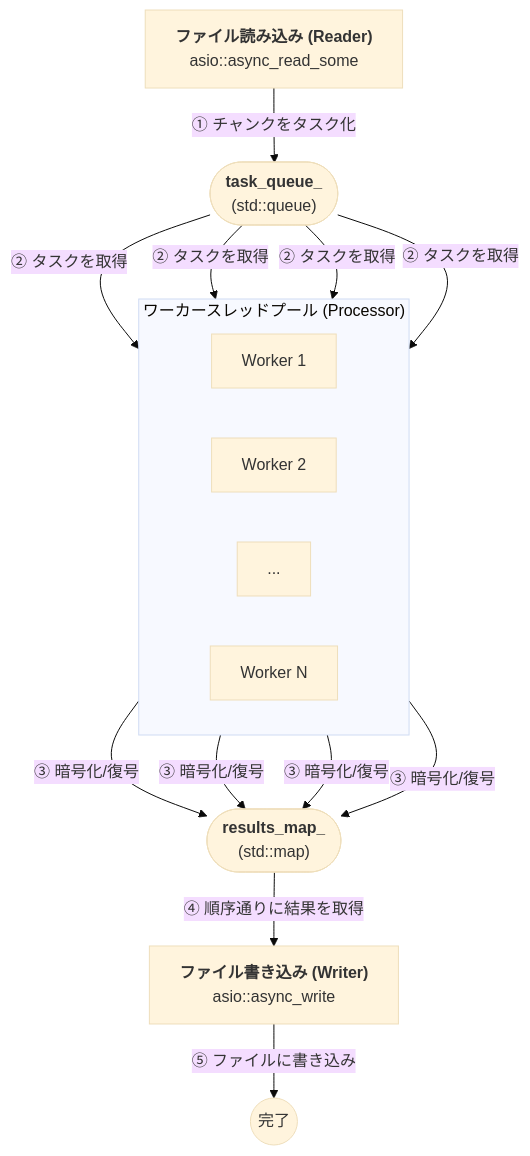
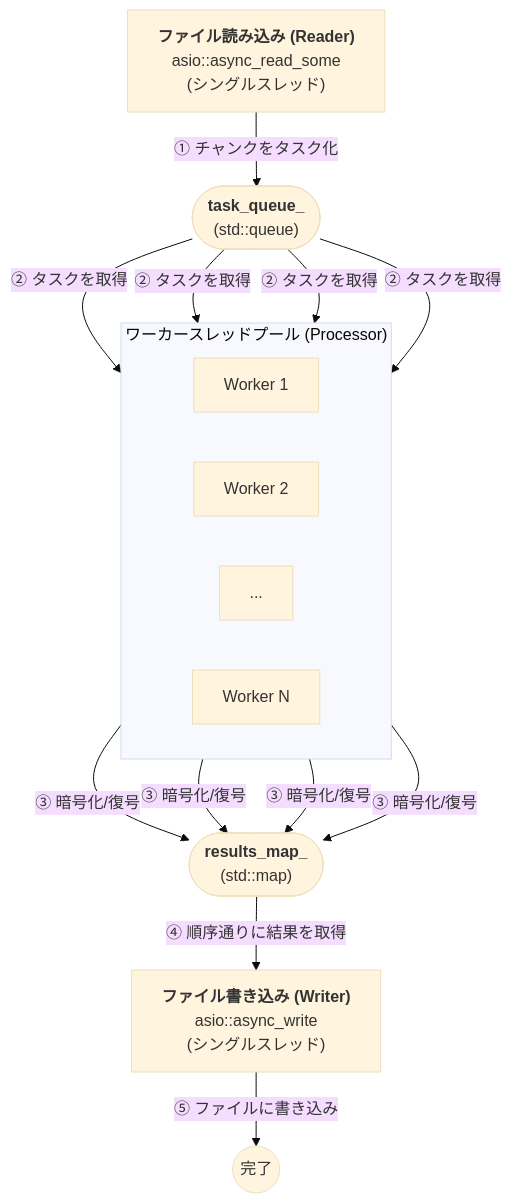
Before and after one commit to nkoriyama/nkCryptoTool: the diagram in nkCryptoTool_optimization_secrets.md, drawn with Mermaid (base theme). The commit also changed other lines of this file and 9 other files, not shown here.

````diff
--- a/nkCryptoTool_optimization_secrets.md
+++ b/nkCryptoTool_optimization_secrets.md
@@ -16,26 +22,25 @@
 ```mermaid
 graph TD
-    A["<b>ファイル読み込み (Reader)</b><br>asio::async_read_some"] -- "① チャンクをタスク化" --> Q(["<b>task_queue_</b><br>(std::queue)"])
-
+    A["<b>ファイル読み込み (Reader)</b><br>asio::async_read_some<br>(シングルスレッド)"] -->|① チャンクをタスク化| Q(["<b>task_queue_</b><br>(std::queue)"])
+    
     subgraph "ワーカースレッドプール (Processor)"
         direction LR
         W1["Worker 1"]
         W2["Worker 2"]
         W3["..."]
         W4["Worker N"]
     end
 
-    Q -- "② タスクを取得" --> W1
-    Q -- "② タスクを取得" --> W2
-    Q -- "② タスクを取得" --> W3
-    Q -- "② タスクを取得" --> W4
+    Q -->|② タスクを取得| W1
+    Q -->|② タスクを取得| W2
+    Q -->|② タスクを取得| W3
+    Q -->|② タスクを取得| W4
 
-    W1 -- "③ 暗号化/復号" --> M(["<b>results_map_</b><br>(std::map)"])
-    W2 -- "③ 暗号化/復号" --> M
-    W3 -- "③ 暗号化/復号" --> M
-    W4 -- "③ 暗号化/復号" --> M
+    W1 -->|③ 暗号化/復号| M(["<b>results_map_</b><br>(std::map)"])
+    W2 -->|③ 暗号化/復号| M
+    W3 -->|③ 暗号化/復号| M
+    W4 -->|③ 暗号化/復号| M
 
-    M -- "④ 順序通りに結果を取得" --> C["<b>ファイル書き込み (Writer)</b><br>asio::async_write"]
-
-    C -- "⑤ ファイルに書き込み" --> D(("完了"))
+    M -->|④ 順序通りに結果を取得| C["<b>ファイル書き込み (Writer)</b><br>asio::async_write<br>(シングルスレッド)"]
+    C -->|⑤ ファイルに書き込み| D(("完了"))
 ```
````
